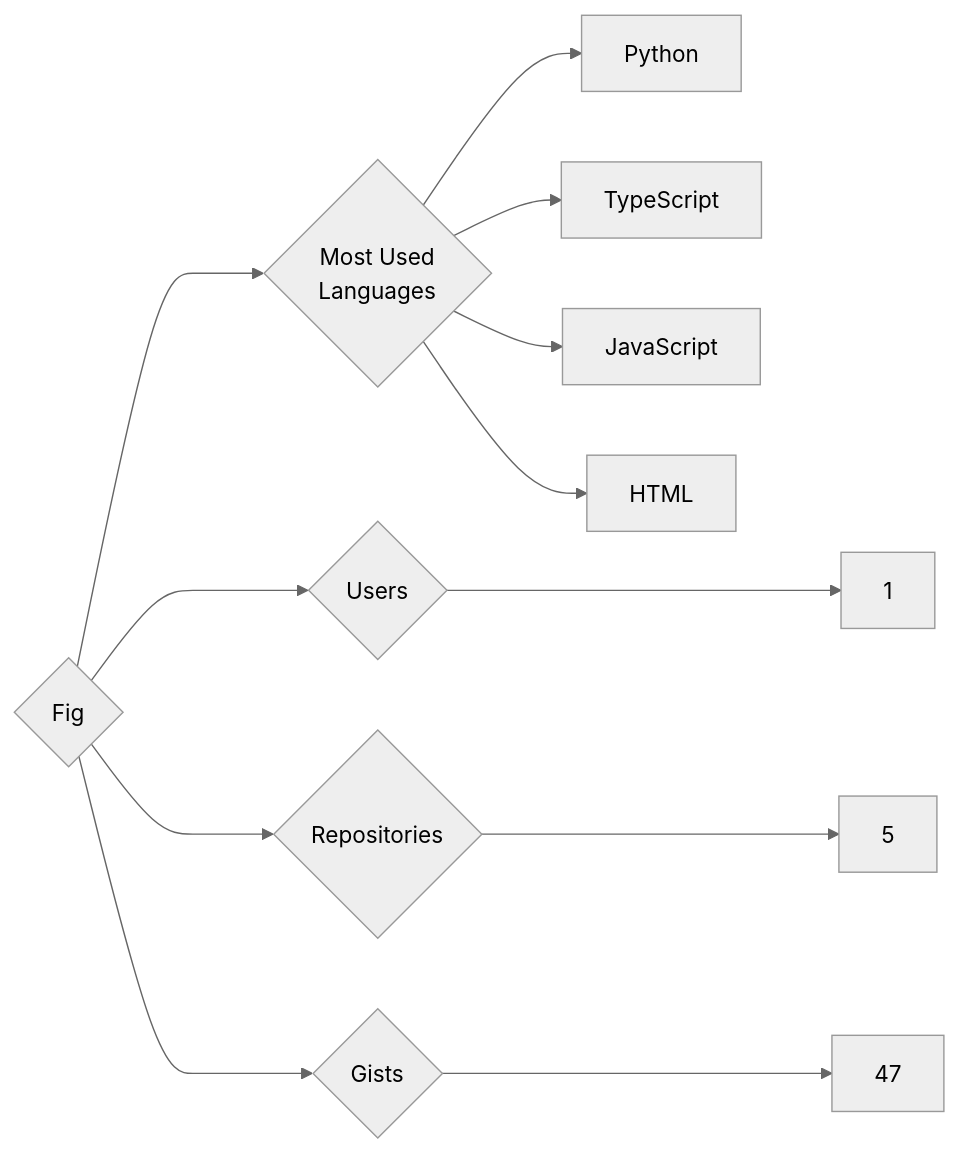
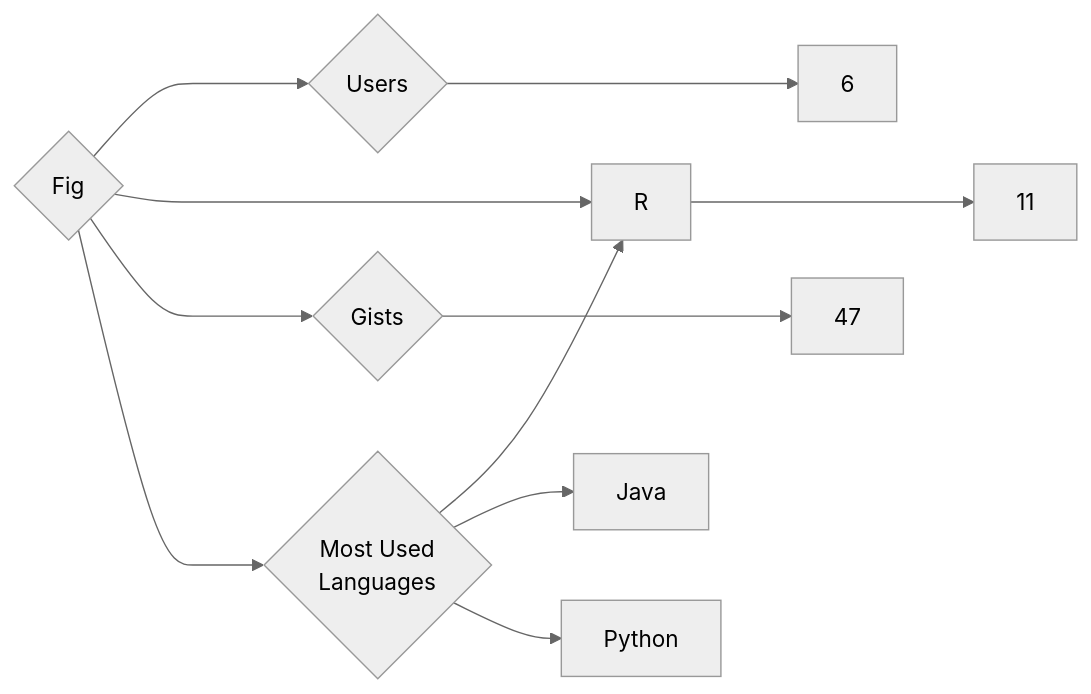
Before and after one commit to trickest/insiders: the diagram in targets/Fig/README.md, drawn with Mermaid (neutral theme). The commit also changed 1314 other files, not shown here.

````diff
--- a/targets/Fig/README.md
+++ b/targets/Fig/README.md
@@ -3,12 +3,11 @@
 ```mermaid
 graph LR
 COMPANY_NAME{Fig}
-COMPANY_NAME ---> U{Users} ---> UN[1]
-COMPANY_NAME ---> R{Repositories} ---> RN[5]
+COMPANY_NAME ---> U{Users} ---> UN[6]
+COMPANY_NAME ---> R{Repositories} ---> RN[11]
 COMPANY_NAME ---> G{Gists} ---> GN[47]
 COMPANY_NAME ---> ML{Most Used<br>Languages}
+ML --> R[R]
+ML --> Java[Java]
 ML --> Python[Python]
-ML --> TypeScript[TypeScript]
-ML --> JavaScript[JavaScript]
-ML --> HTML[HTML]
 ```
````
